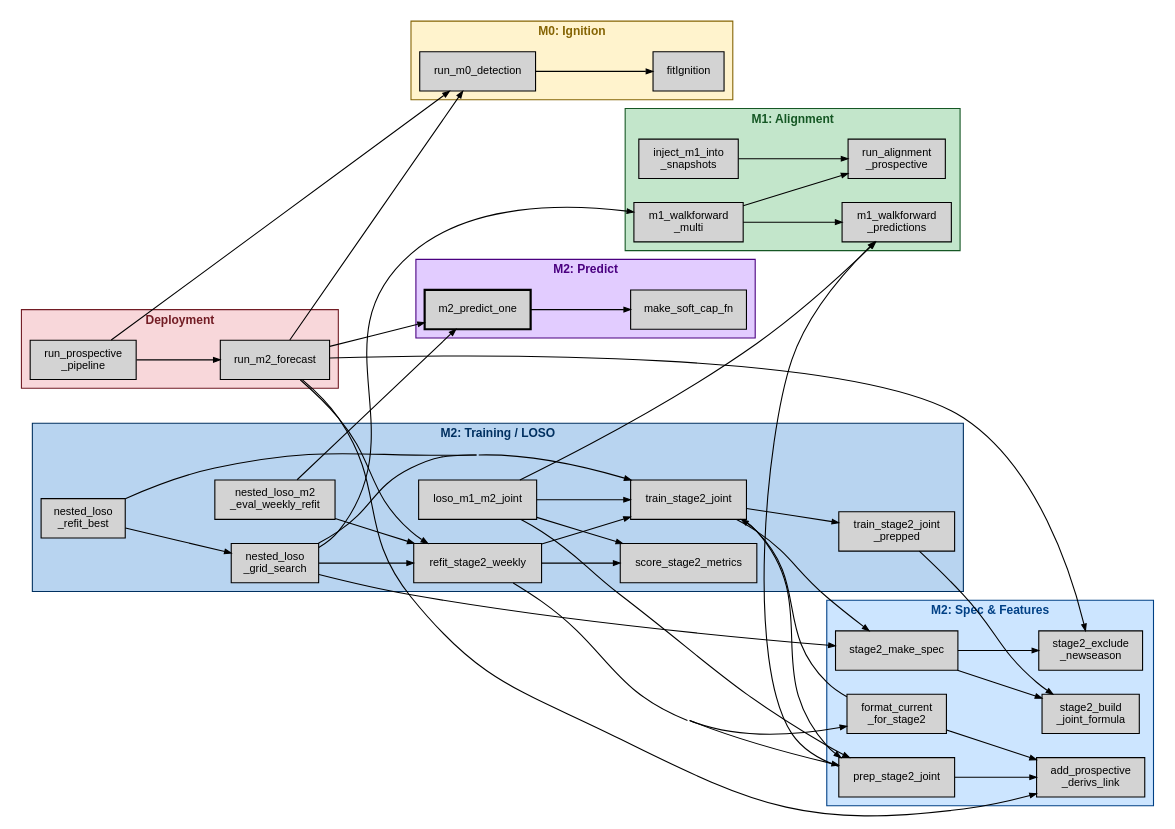
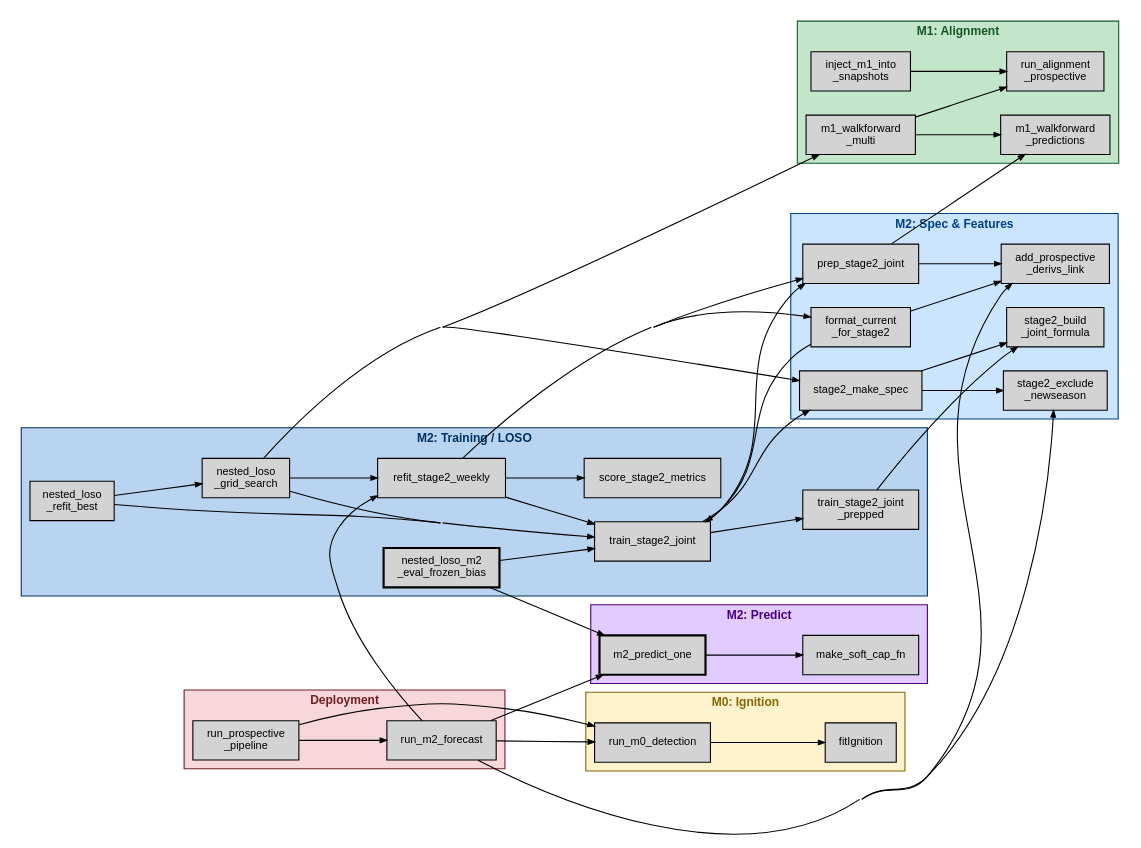
The diagram in docs/pipeline_overview.qmd (lennon-li/PAGe), drawn with Graphviz before and after one commit. The commit also changed other lines of this file and 46 other files, not shown here.

```diff
--- a/docs/pipeline_overview.qmd
+++ b/docs/pipeline_overview.qmd
@@ -319,9 +319,8 @@
     refit_stage2_weekly              [label="refit_stage2_weekly"];
     score_stage2_metrics             [label="score_stage2_metrics"];
     nested_loso_grid_search          [label="nested_loso\n_grid_search"];
-    nested_loso_m2_eval_weekly_refit [label="nested_loso_m2\n_eval_weekly_refit"];
+    nested_loso_m2_eval_frozen_bias  [label="nested_loso_m2\n_eval_frozen_bias", penwidth=2];
     nested_loso_refit_best           [label="nested_loso\n_refit_best"];
-    loso_m1_m2_joint                 [label="loso_m1_m2_joint"];
   }
   subgraph cluster_m2pred {
     label="M2: Predict"; style=filled;
@@ -360,14 +359,10 @@
   nested_loso_grid_search  -> refit_stage2_weekly;
   nested_loso_grid_search  -> train_stage2_joint;
   nested_loso_grid_search  -> stage2_make_spec;
-  nested_loso_m2_eval_weekly_refit -> refit_stage2_weekly;
-  nested_loso_m2_eval_weekly_refit -> m2_predict_one;
+  nested_loso_m2_eval_frozen_bias  -> m2_predict_one;
+  nested_loso_m2_eval_frozen_bias  -> train_stage2_joint;
   nested_loso_refit_best   -> nested_loso_grid_search;
   nested_loso_refit_best   -> train_stage2_joint;
-  loso_m1_m2_joint         -> m1_walkforward_predictions;
-  loso_m1_m2_joint         -> prep_stage2_joint;
-  loso_m1_m2_joint         -> train_stage2_joint;
-  loso_m1_m2_joint         -> score_stage2_metrics;
   m2_predict_one           -> make_soft_cap_fn;
   run_prospective_pipeline -> run_m0_detection;
   run_prospective_pipeline -> run_m2_forecast;
```
